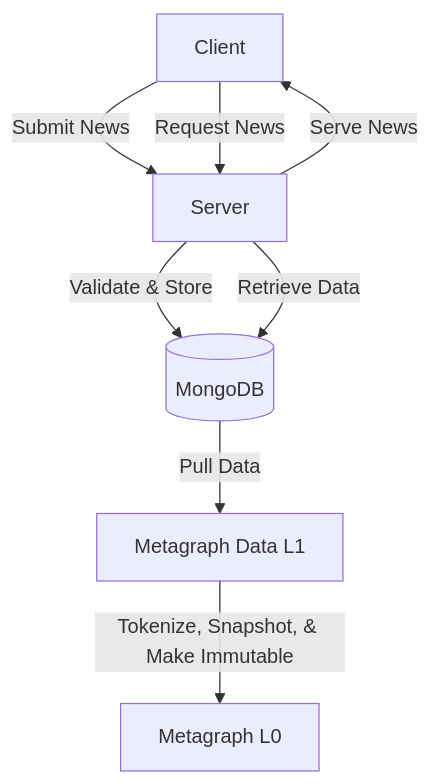
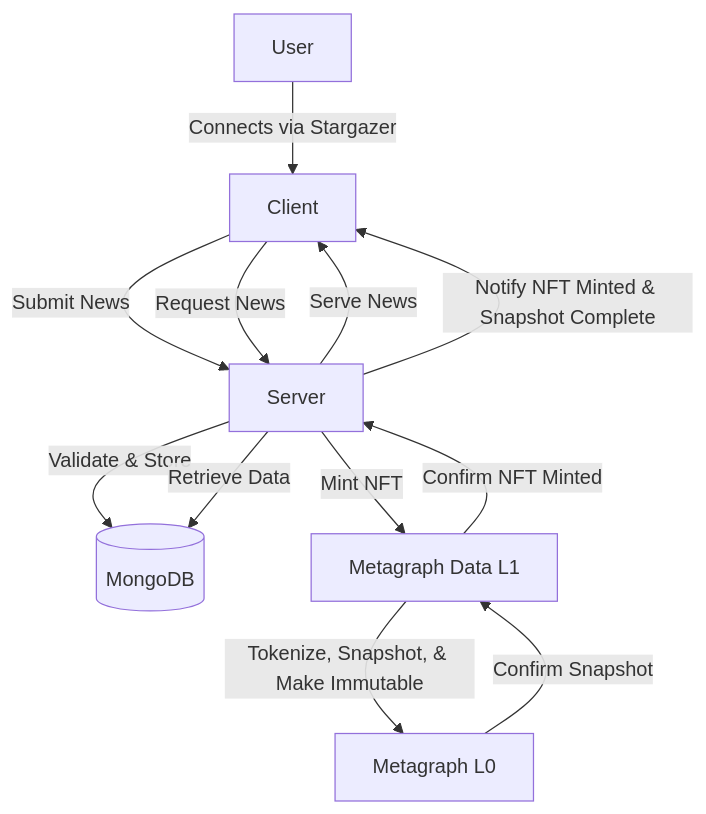
The first of 2 diagrams in ARCHITECTURE.md (jedi-ops/immutable-news-dag-poc), drawn with Mermaid before and after one commit. The commit also changed other lines of this file, not shown here.

Commit message:
design: optimize dataflow off stargazer + mint NFT

````diff
--- a/ARCHITECTURE.md
+++ b/ARCHITECTURE.md
@@ -4,10 +4,14 @@
 ```mermaid
 flowchart TD
-    A[Client] -->|Submit News| B[Server]
+    U[User] -->|Connects via Stargazer| A[Client]
+    A -->|Submit News| B[Server]
     B -->|Validate & Store| C[(MongoDB)]
-    C -->|Pull Data| D[Metagraph Data L1]
+    B -->|Mint NFT| D[Metagraph Data L1]
     D -->|Tokenize, Snapshot, & Make Immutable| E[Metagraph L0]
     A -->|Request News| B
     B -->|Retrieve Data| C
     B -->|Serve News| A
+    D -->|Confirm NFT Minted| B
+    E -->|Confirm Snapshot| D
+    B -->|Notify NFT Minted & Snapshot Complete| A
 ```
````
